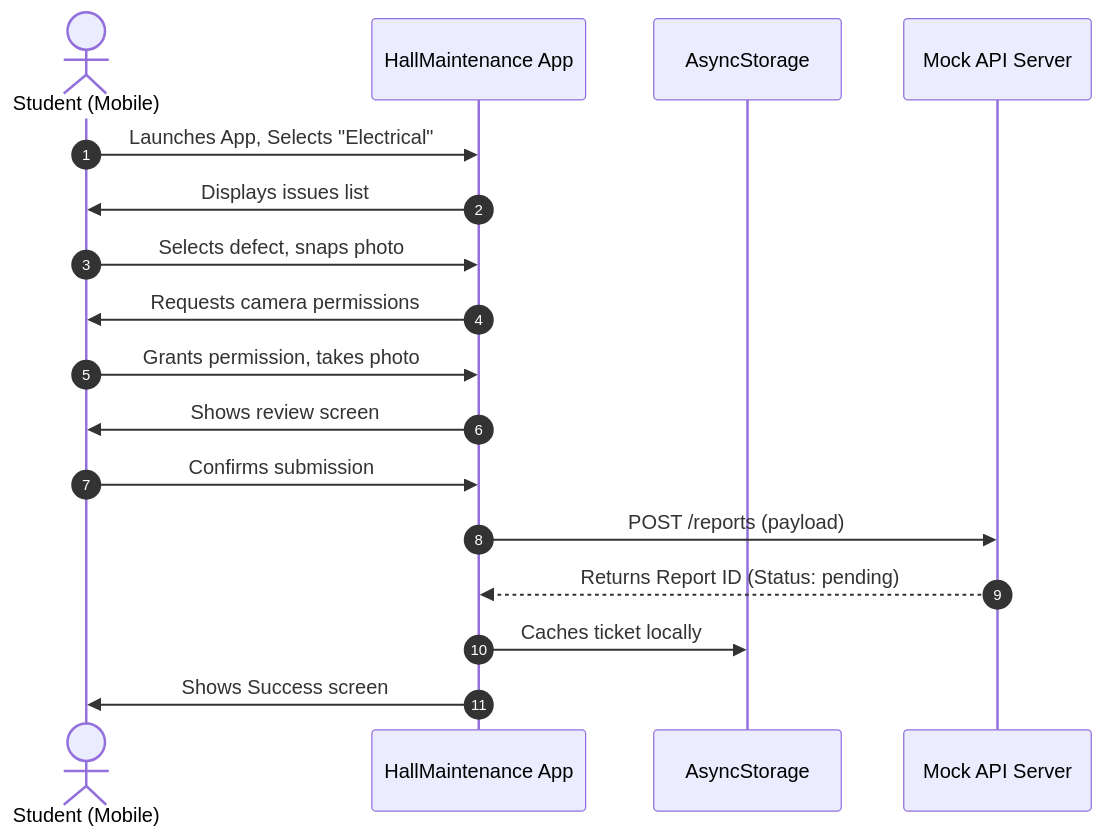
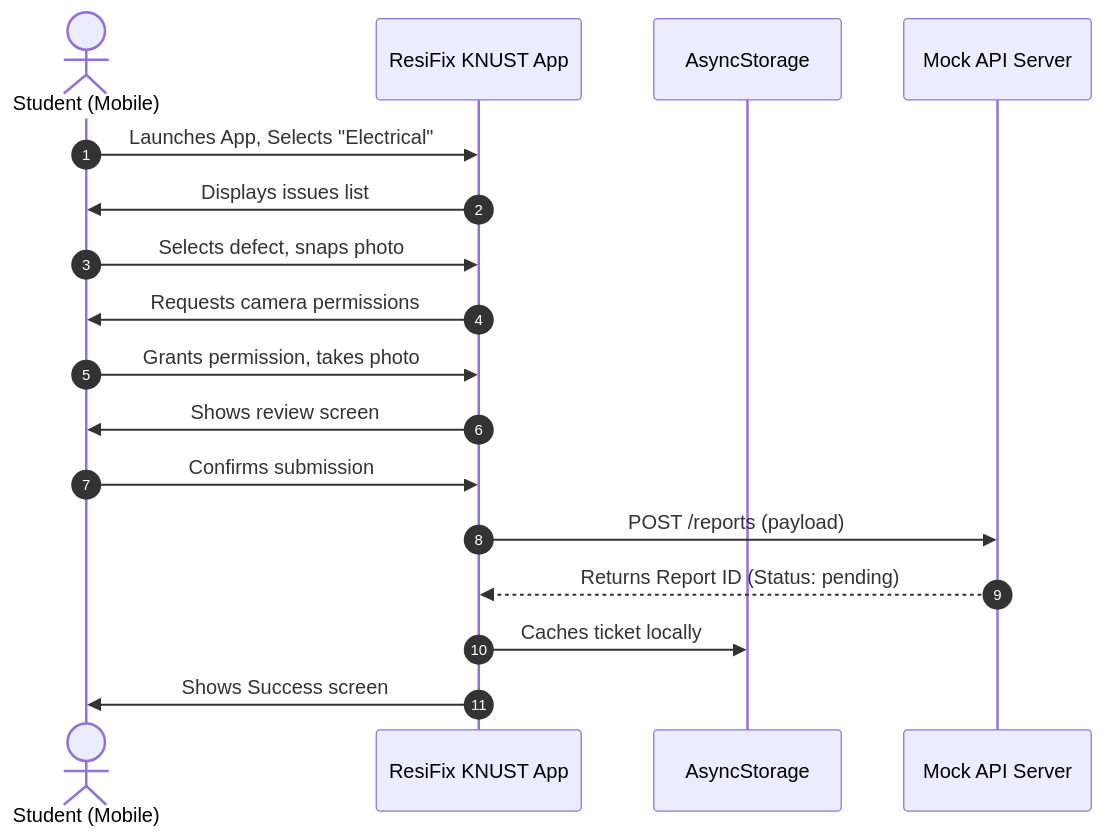
The third of 4 diagrams in docs/PROJECT_DOCUMENTATION.md (Bennykay06/HallMaintenance), drawn with Mermaid before and after one commit. The commit also changed other lines of this file and 19 other files, not shown here.

````diff
--- a/docs/PROJECT_DOCUMENTATION.md
+++ b/docs/PROJECT_DOCUMENTATION.md
@@ -223,20 +223,20 @@
 ```mermaid
 sequenceDiagram
     autonumber
     actor Student as Student (Mobile)
-    participant App as HallMaintenance App
+    participant App as ResiFix KNUST App
     participant Storage as AsyncStorage
     participant API as Mock API Server
 
     Student->>App: Launches App, Selects "Electrical"
     App->>Student: Displays issues list
     Student->>App: Selects defect, snaps photo
     App->>Student: Requests camera permissions
     Student->>App: Grants permission, takes photo
     App->>Student: Shows review screen
     Student->>App: Confirms submission
     App->>API: POST /reports (payload)
     API-->>App: Returns Report ID (Status: pending)
     App->>Storage: Caches ticket locally
     App->>Student: Shows Success screen
 ```
````
